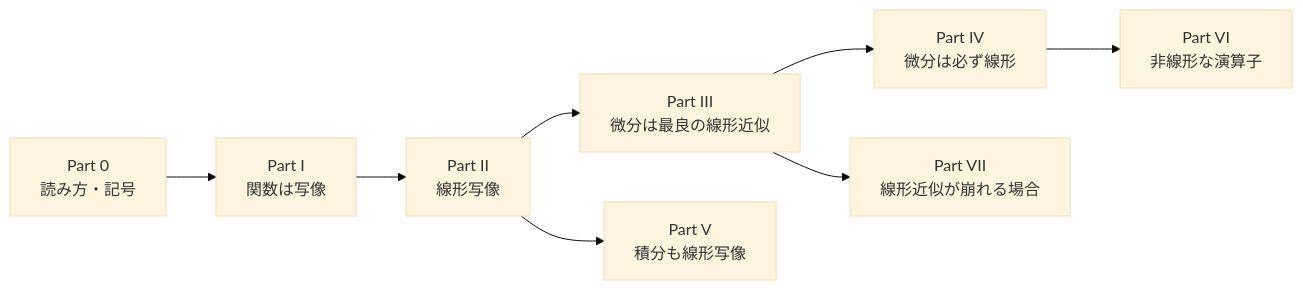
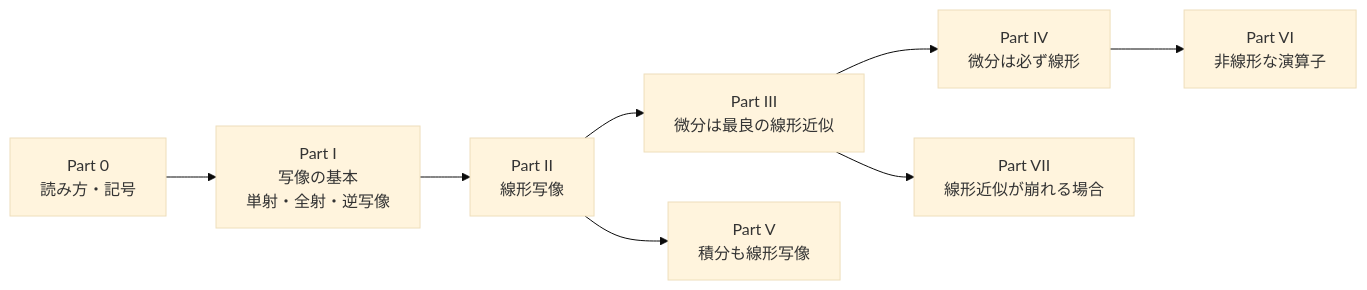
The diagram in 研究ノート/01_基礎・ベクトル解析/functions_linear_maps_derivatives_integrals.md (kazuma0606/quantum-study), drawn with Mermaid (base theme) before and after one commit. The commit also changed other lines of this file and 4 other files, not shown here.

````diff
--- a/研究ノート/01_基礎・ベクトル解析/functions_linear_maps_derivatives_integrals.md
+++ b/研究ノート/01_基礎・ベクトル解析/functions_linear_maps_derivatives_integrals.md
@@ -81,16 +87,16 @@
 ```mermaid
 flowchart LR
     P0["Part 0<br/>読み方・記号"]
-    P1["Part I<br/>関数は写像"]
+    P1["Part I<br/>写像の基本<br/>単射・全射・逆写像"]
     P2["Part II<br/>線形写像"]
     P3["Part III<br/>微分は最良の線形近似"]
     P4["Part IV<br/>微分は必ず線形"]
     P5["Part V<br/>積分も線形写像"]
     P6["Part VI<br/>非線形な演算子"]
     P7["Part VII<br/>線形近似が崩れる場合"]
 
     P0 --> P1 --> P2 --> P3 --> P4
     P2 --> P5
     P4 --> P6
     P3 --> P7
 ```
````
